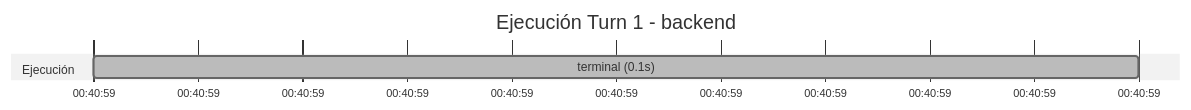
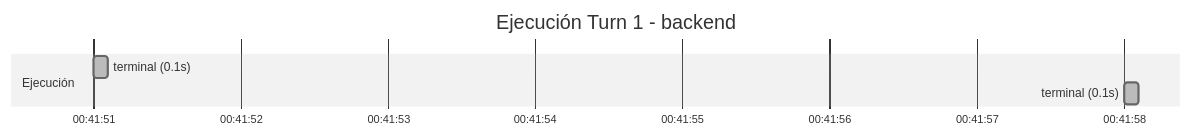
The diagram in .ponytail/traces/2026-07-09_auto_recovered_3396a5b9fd0c/backend_3396a5b9fd0c.md (luisdalmasso/orquestador-contamela), drawn with Mermaid (neutral theme) before and after one commit. The commit also changed other lines of this file, not shown here.

````diff
--- a/.ponytail/traces/2026-07-09_auto_recovered_3396a5b9fd0c/backend_3396a5b9fd0c.md
+++ b/.ponytail/traces/2026-07-09_auto_recovered_3396a5b9fd0c/backend_3396a5b9fd0c.md
@@ -154,9 +133,10 @@
 ```mermaid
 gantt
     title Ejecución Turn 1 - backend
     dateFormat  HH:mm:ss
     axisFormat  %H:%M:%S
 
     section Ejecución
-    terminal (0.1s)  :done, 00:40:59, 0.1s
+    terminal (0.1s)  :done, 00:41:51, 0.1s
+    terminal (0.1s)  :done, 00:41:58, 0.1s
 ```
````
